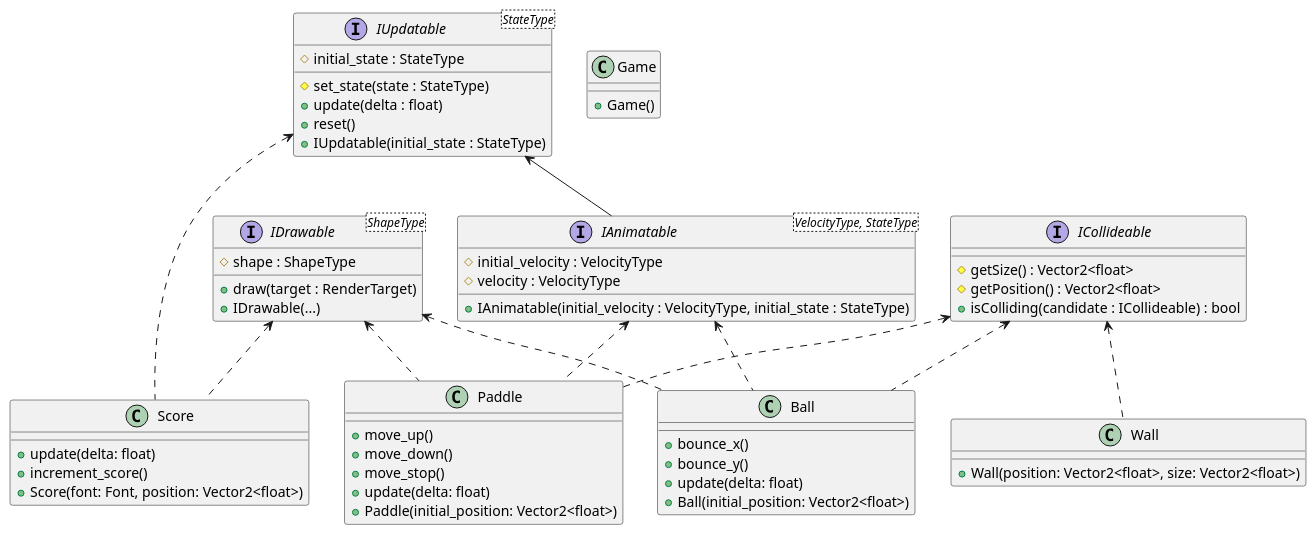
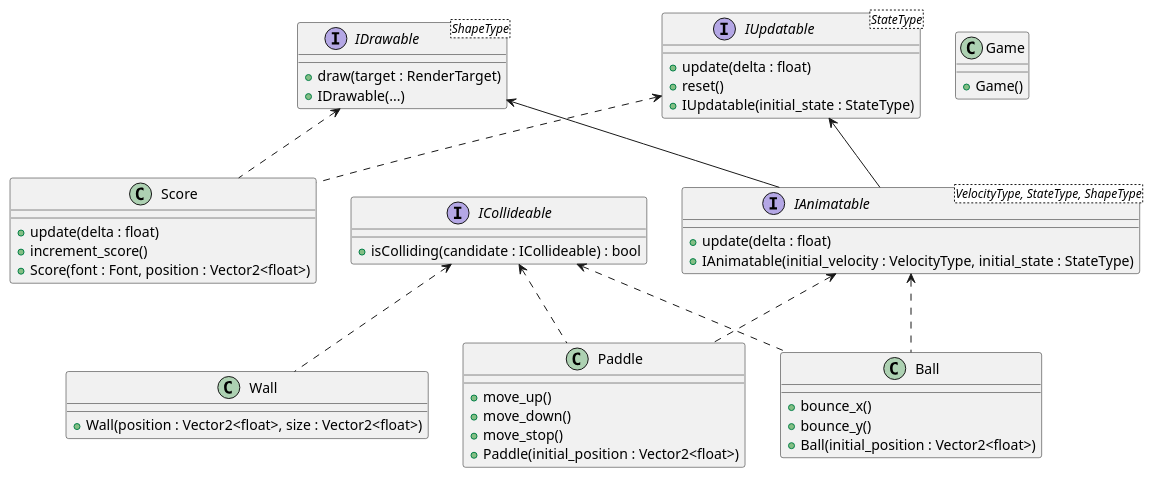
The diagram in uml/class-model.puml (oliverdixon/sfml-pong), drawn with PlantUML before and after one commit. The commit also changed 8 other files, not shown here.

Commit message:
Enforce a correct hierarchy from IAnimatable to IDrawable

```diff
--- a/uml/class-model.puml
+++ b/uml/class-model.puml
@@ -1,73 +1,64 @@
 @startuml
 
 interface IDrawable<ShapeType> {
-  #shape : ShapeType
   +draw(target : RenderTarget)
   +IDrawable(...)
 }
 
 interface IUpdatable<StateType> {
-  #initial_state : StateType
-  #set_state(state : StateType)
   +update(delta : float)
   +reset()
   +IUpdatable(initial_state : StateType)
 }
 
-interface IAnimatable<VelocityType, StateType> {
-  #initial_velocity : VelocityType
-  #velocity : VelocityType
+interface IAnimatable<VelocityType, StateType, ShapeType> {
+  +update(delta : float)
   +IAnimatable(initial_velocity : VelocityType, initial_state : StateType)
 }
 
 interface ICollideable {
-  #getSize() : Vector2<float>
-  #getPosition() : Vector2<float>
   +isColliding(candidate : ICollideable) : bool
 }
 
 class Wall {
-  +Wall(position: Vector2<float>, size: Vector2<float>)
+  +Wall(position : Vector2<float>, size : Vector2<float>)
 }
 
 class Score {
-  +update(delta: float)
+  +update(delta : float)
   +increment_score()
-  +Score(font: Font, position: Vector2<float>)
+  +Score(font : Font, position : Vector2<float>)
 }
 
 class Paddle {
   +move_up()
   +move_down()
   +move_stop()
-  +update(delta: float)
-  +Paddle(initial_position: Vector2<float>)
+  +Paddle(initial_position : Vector2<float>)
 }
 
 class Ball {
   +bounce_x()
   +bounce_y()
-  +update(delta: float)
-  +Ball(initial_position: Vector2<float>)
+  +Ball(initial_position : Vector2<float>)
 }
 
 class Game {
   +Game()
 }
 
 IUpdatable <-- IAnimatable
+IDrawable <-- IAnimatable
 
 ICollideable <.. Wall
 
 IDrawable <.. Score
 IUpdatable <.. Score
 
-IDrawable <.. Paddle
 IAnimatable <.. Paddle
 ICollideable <.. Paddle
 
-IDrawable <.. Ball
 IAnimatable <.. Ball
 ICollideable <.. Ball
 
 @enduml
```
